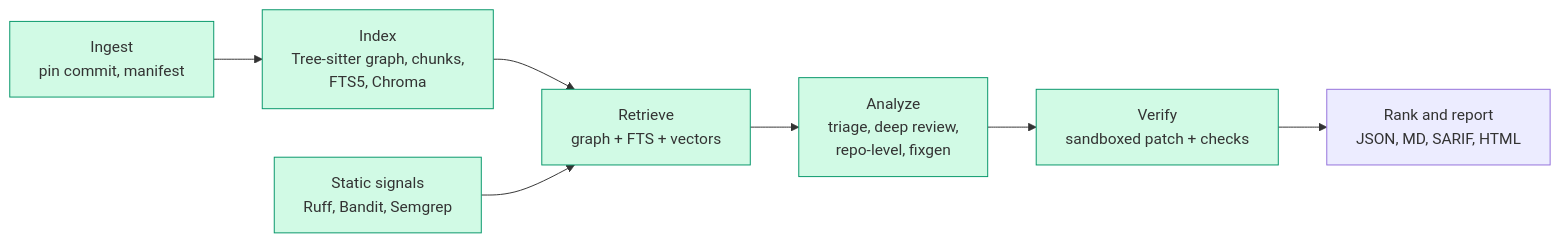
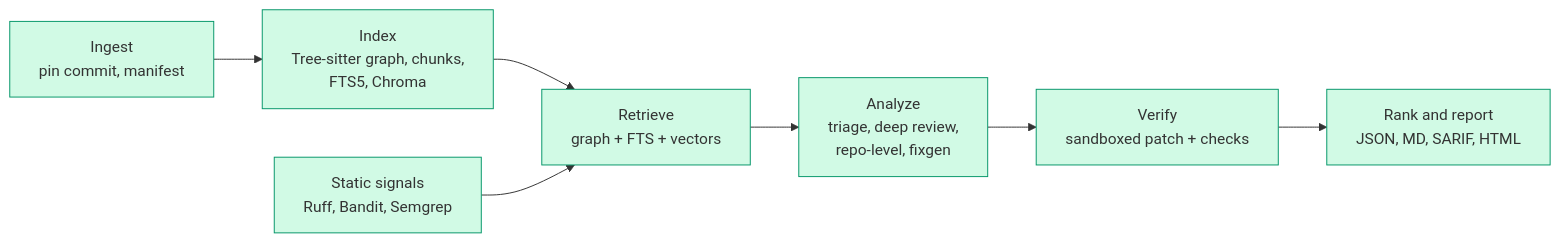
The diagram in README.md (DivyanshuGaba/AI-code-reviewer), drawn with Mermaid before and after one commit. The commit also changed other lines of this file and 1 other file, not shown here.

````diff
--- a/README.md
+++ b/README.md
@@ -14,11 +15,11 @@
 ```mermaid
 flowchart LR
     A[Ingest<br/>pin commit, manifest] --> B[Index<br/>Tree-sitter graph, chunks,<br/>FTS5, Chroma]
     B --> C[Retrieve<br/>graph + FTS + vectors]
     S[Static signals<br/>Ruff, Bandit, Semgrep] --> C
     C --> D[Analyze<br/>triage, deep review,<br/>repo-level, fixgen]
     D --> E[Verify<br/>sandboxed patch + checks]
     E --> F[Rank and report<br/>JSON, MD, SARIF, HTML]
     classDef done fill:#d1fae5,stroke:#059669;
-    class A,B,C,D,E,S done;
+    class A,B,C,D,E,F,S done;
 ```
````
